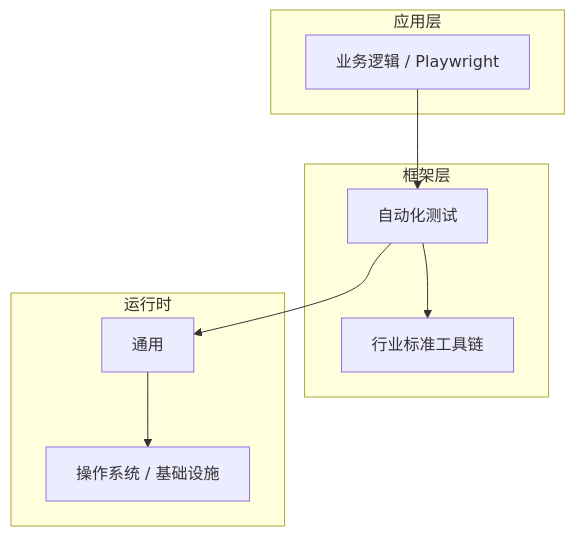
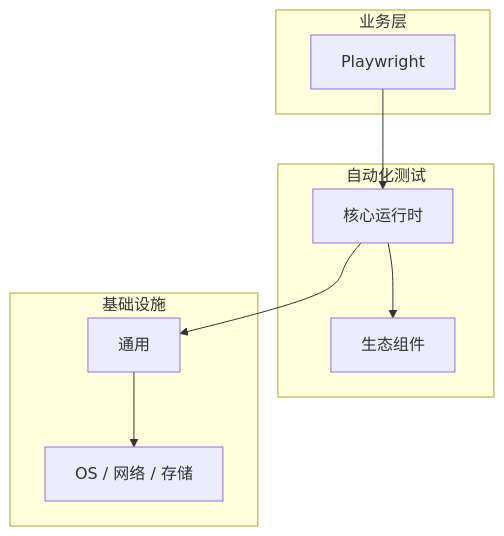
Before and after one commit to yanggan2015/knowledge-json-v2: the diagram in articles/自动化测试/chapters/064-Playwright核心概念与原理.md, drawn with Mermaid. The commit also changed other lines of this file and 10127 other files, not shown here.

````diff
--- a/articles/自动化测试/chapters/064-Playwright核心概念与原理.md
+++ b/articles/自动化测试/chapters/064-Playwright核心概念与原理.md
@@ -45,18 +34,18 @@
 ```mermaid
 graph TB
-    subgraph 应用层
-        A[业务逻辑 / Playwright]
+    subgraph 业务层
+        A[Playwright]
     end
-    subgraph 框架层
-        B[自动化测试]
-        C[行业标准工具链]
+    subgraph 自动化测试
+        B[核心运行时]
+        C[生态组件]
     end
-    subgraph 运行时
+    subgraph 基础设施
         D[通用]
-        E[操作系统 / 基础设施]
+        E[OS / 网络 / 存储]
     end
     A --> B
     B --> C
     B --> D
     D --> E
 ```
````
